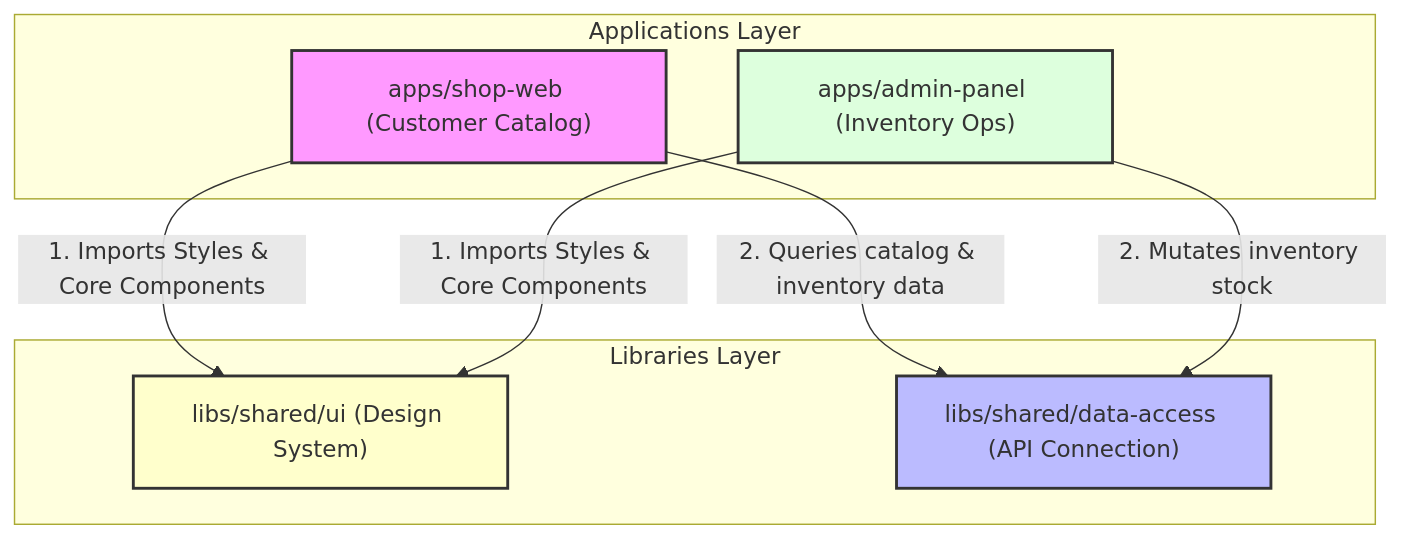
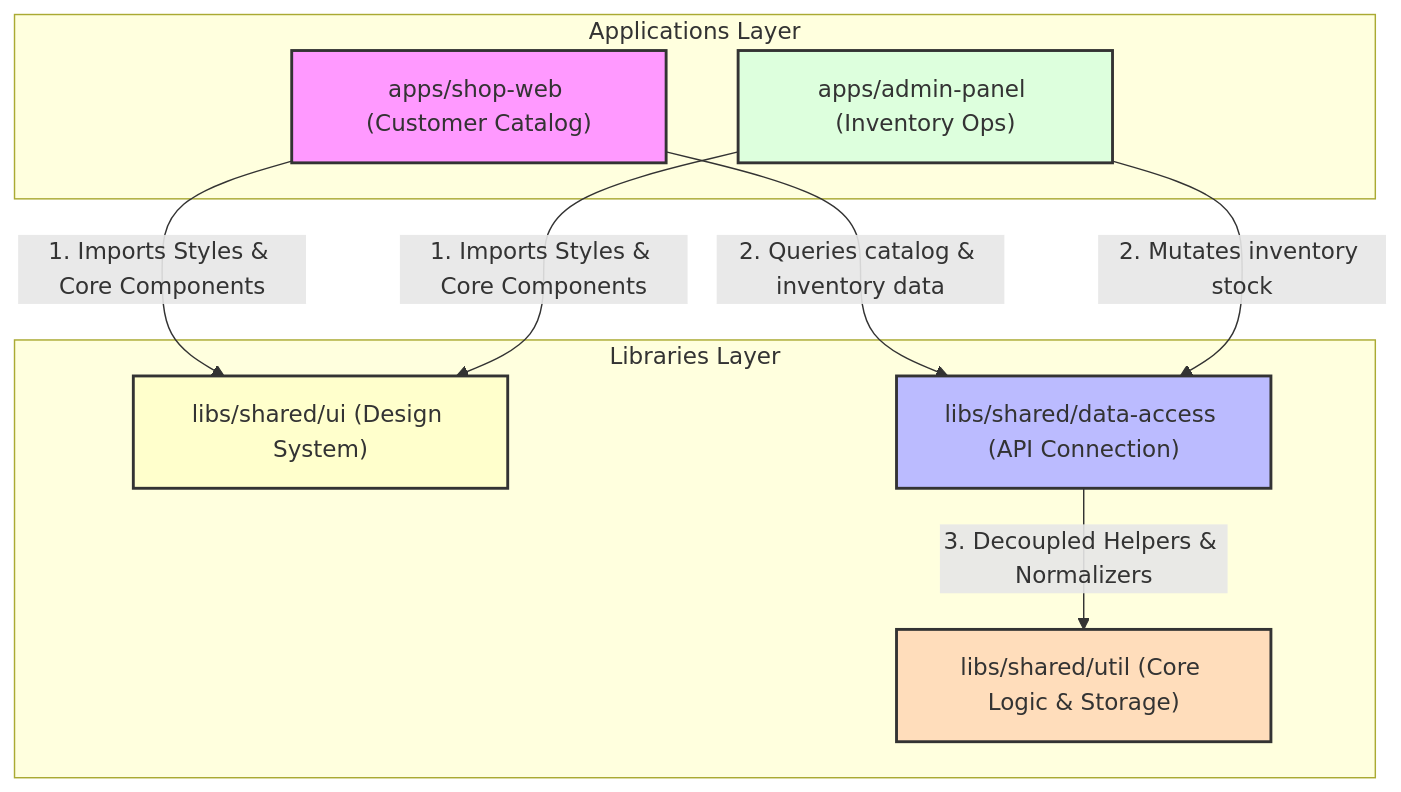
Before and after one commit to lrangela/techgear-inventory-pro: the diagram in README.md, drawn with Mermaid. The commit also changed other lines of this file and 50 other files, not shown here.

Commit message:
chore: complete architecture audit refactoring, migrating to zoneless angular 21 and ngrx signals

````diff
--- a/README.md
+++ b/README.md
@@ -11,22 +11,25 @@
 ```mermaid
 graph TD
     subgraph apps [Applications Layer]
         ShopWeb["apps/shop-web (Customer Catalog)"]
         AdminPanel["apps/admin-panel (Inventory Ops)"]
     end
     
     subgraph libs [Libraries Layer]
         SharedUI["libs/shared/ui (Design System)"]
         DataAccess["libs/shared/data-access (API Connection)"]
+        SharedUtil["libs/shared/util (Core Logic & Storage)"]
     end
     
     ShopWeb -->|1. Imports Styles & Core Components| SharedUI
     AdminPanel -->|1. Imports Styles & Core Components| SharedUI
     ShopWeb -->|2. Queries catalog & inventory data| DataAccess
     AdminPanel -->|2. Mutates inventory stock| DataAccess
+    DataAccess -->|3. Decoupled Helpers & Normalizers| SharedUtil
     
     style ShopWeb fill:#f9f,stroke:#333,stroke-width:2px
     style AdminPanel fill:#dfd,stroke:#333,stroke-width:2px
     style SharedUI fill:#ffc,stroke:#333,stroke-width:2px
     style DataAccess fill:#bbf,stroke:#333,stroke-width:2px
+    style SharedUtil fill:#fdb,stroke:#333,stroke-width:2px
 ```
````
